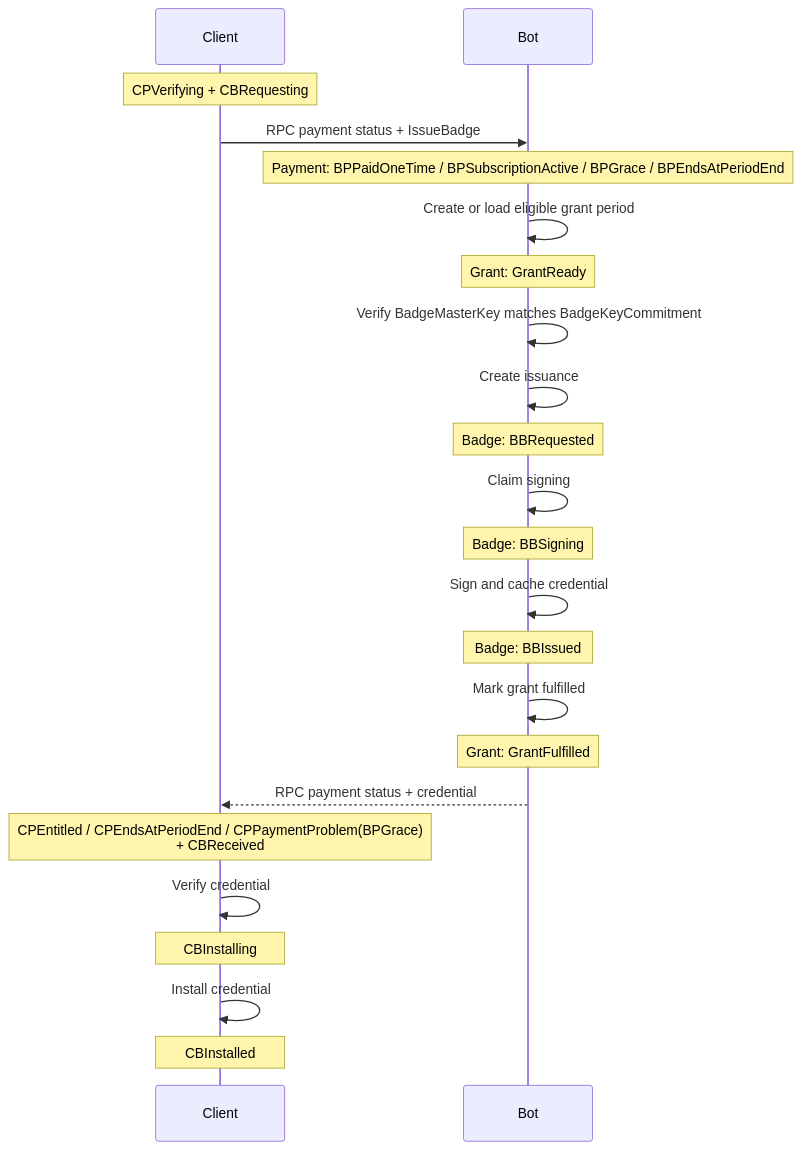
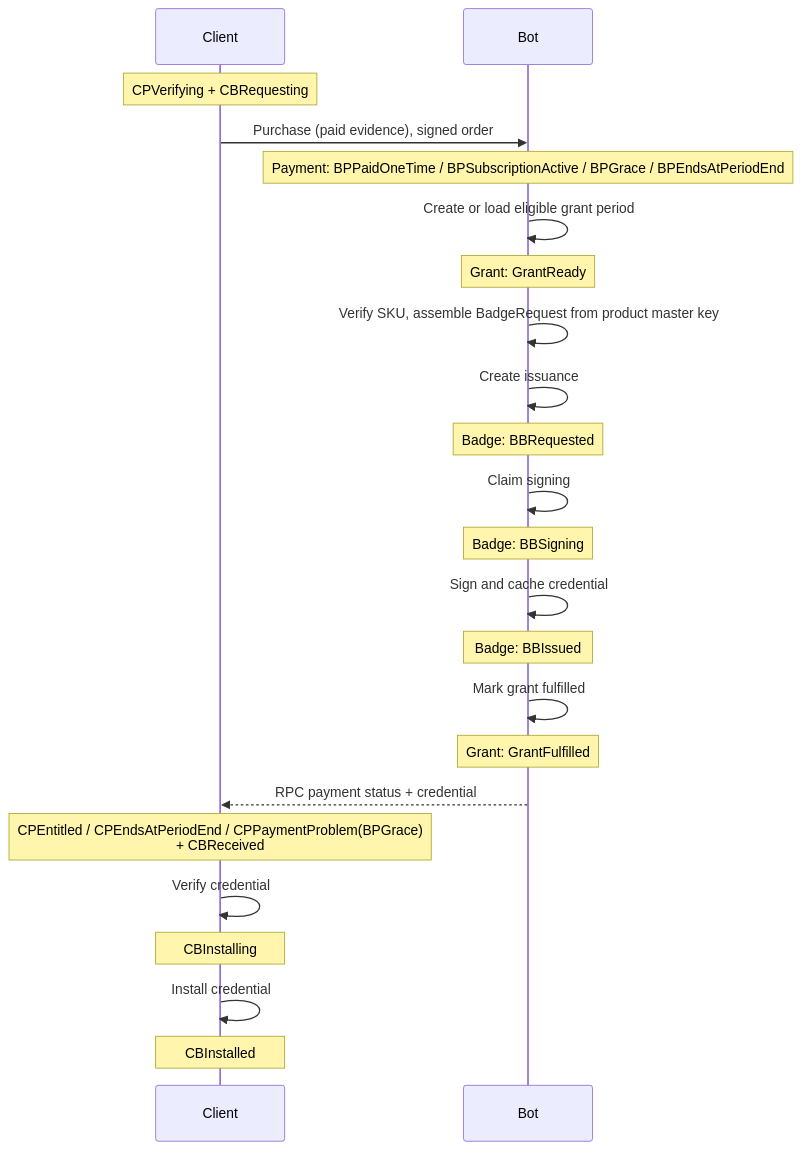
One commit to simplex-chat/simplex-chat changed the sixth of 11 diagrams in plans/2026-07-20-supporter-badges-v2-implementation.md. Above: the diagram before and after it, drawn with Mermaid. The commit also changed other lines of this file and 3 other files, not shown here.

Commit message:
docs: rework badge plans to order-centric protocol

````diff
--- a/plans/2026-07-20-supporter-badges-v2-implementation.md
+++ b/plans/2026-07-20-supporter-badges-v2-implementation.md
@@ -491,25 +527,25 @@
 ```mermaid
 sequenceDiagram
   participant C as Client
   participant B as Bot
   Note over C: CPVerifying + CBRequesting
-  C->>B: RPC payment status + IssueBadge
+  C->>B: Purchase (paid evidence), signed order
   Note over B: Payment: BPPaidOneTime / BPSubscriptionActive / BPGrace / BPEndsAtPeriodEnd
   B->>B: Create or load eligible grant period
   Note over B: Grant: GrantReady
-  B->>B: Verify BadgeMasterKey matches BadgeKeyCommitment
+  B->>B: Verify SKU, assemble BadgeRequest from product master key
   B->>B: Create issuance
   Note over B: Badge: BBRequested
   B->>B: Claim signing
   Note over B: Badge: BBSigning
   B->>B: Sign and cache credential
   Note over B: Badge: BBIssued
   B->>B: Mark grant fulfilled
   Note over B: Grant: GrantFulfilled
   B-->>C: RPC payment status + credential
   Note over C: CPEntitled / CPEndsAtPeriodEnd / CPPaymentProblem(BPGrace)<br/>+ CBReceived
   C->>C: Verify credential
   Note over C: CBInstalling
   C->>C: Install credential
   Note over C: CBInstalled
 ```
````
